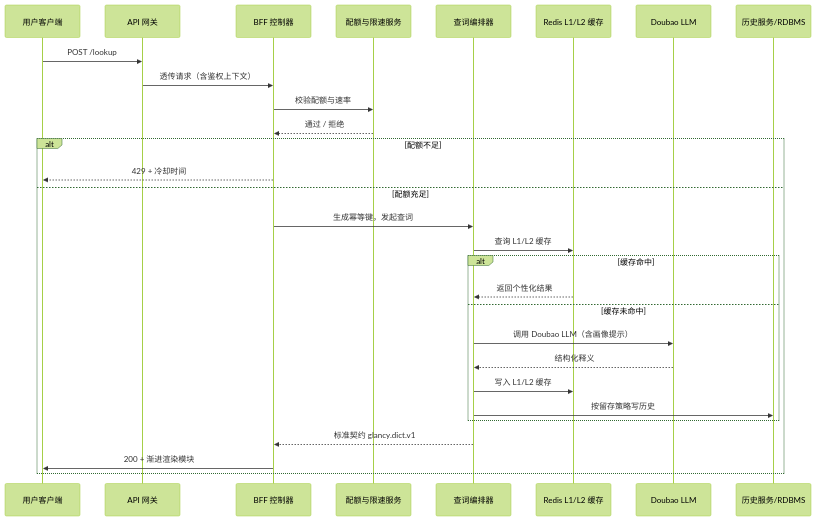
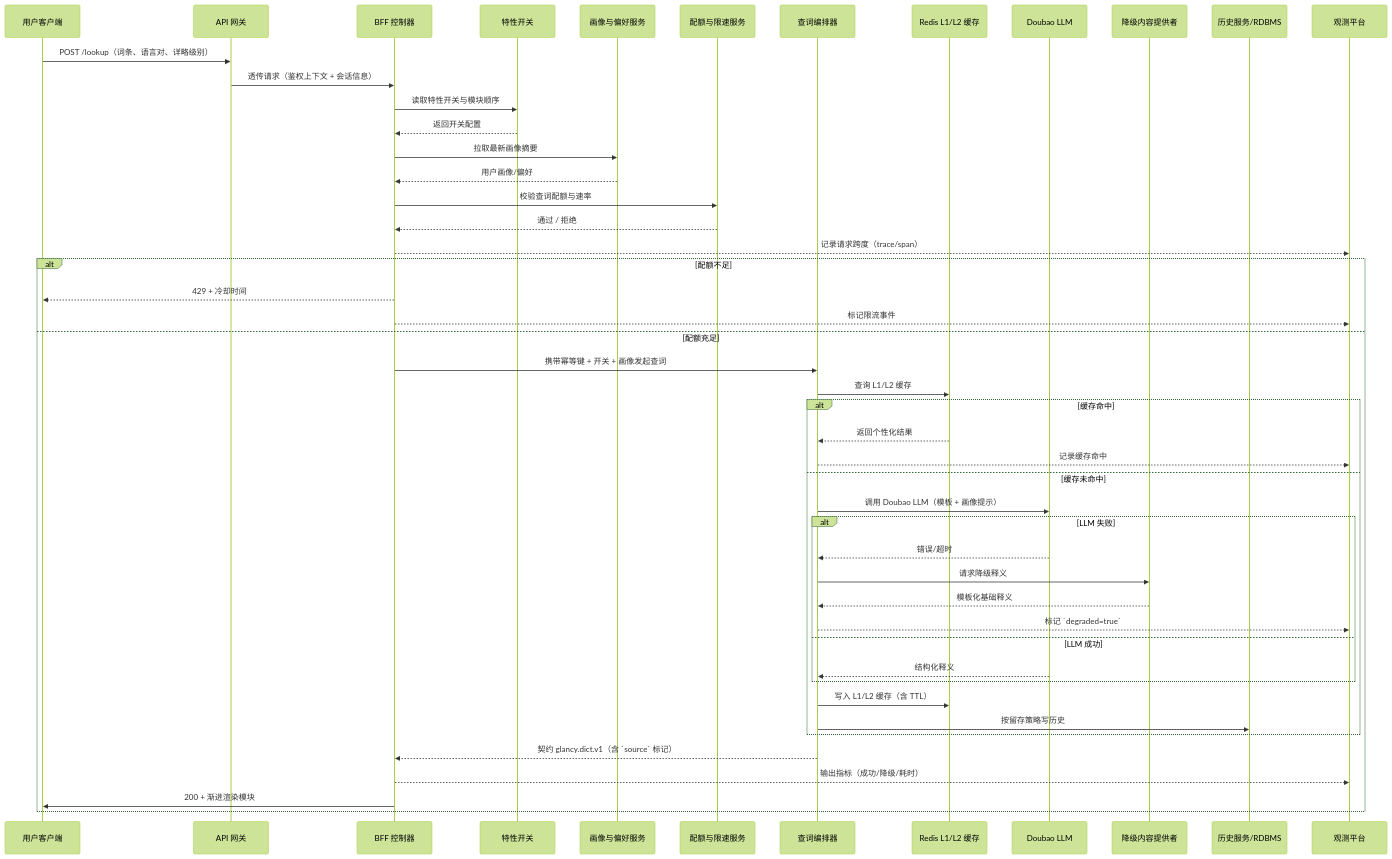
The second of 3 diagrams in doc/需求说明文档/Appendix/附录 C 图示（系统上下文、时序、状态机）.md (TaylorChyi/glancy), drawn with Mermaid (forest theme) before and after one commit. The commit also changed other lines of this file, not shown here.

Commit message:
完善附录C系统图示

````diff
--- a/doc/需求说明文档/Appendix/附录 C 图示（系统上下文、时序、状态机）.md
+++ b/doc/需求说明文档/Appendix/附录 C 图示（系统上下文、时序、状态机）.md
@@ -70,32 +91,51 @@
 ```mermaid
 sequenceDiagram
     participant U as 用户客户端
     participant G as API 网关
     participant B as BFF 控制器
+    participant F as 特性开关
+    participant P as 画像与偏好服务
     participant Q as 配额与限速服务
     participant O as 查词编排器
     participant C as Redis L1/L2 缓存
     participant L as Doubao LLM
+    participant D as 降级内容提供者
     participant H as 历史服务/RDBMS
+    participant Obs as 观测平台
 
-    U->>G: POST /lookup
-    G->>B: 透传请求（含鉴权上下文）
-    B->>Q: 校验配额与速率
+    U->>G: POST /lookup（词条、语言对、详略级别）
+    G->>B: 透传请求（鉴权上下文 + 会话信息）
+    B->>F: 读取特性开关与模块顺序
+    F-->>B: 返回开关配置
+    B->>P: 拉取最新画像摘要
+    P-->>B: 用户画像/偏好
+    B->>Q: 校验查词配额与速率
     Q-->>B: 通过 / 拒绝
+    B-->>Obs: 记录请求跨度（trace/span）
     alt 配额不足
         B-->>U: 429 + 冷却时间
+        B-->>Obs: 标记限流事件
     else 配额充足
-        B->>O: 生成幂等键，发起查词
+        B->>O: 携带幂等键 + 开关 + 画像发起查词
         O->>C: 查询 L1/L2 缓存
         alt 缓存命中
             C-->>O: 返回个性化结果
+            O-->>Obs: 记录缓存命中
         else 缓存未命中
-            O->>L: 调用 Doubao LLM（含画像提示）
-            L-->>O: 结构化释义
-            O->>C: 写入 L1/L2 缓存
+            O->>L: 调用 Doubao LLM（模板 + 画像提示）
+            alt LLM 失败
+                L-->>O: 错误/超时
+                O->>D: 请求降级释义
+                D-->>O: 模板化基础释义
+                O-->>Obs: 标记 `degraded=true`
+            else LLM 成功
+                L-->>O: 结构化释义
+            end
+            O->>C: 写入 L1/L2 缓存（含 TTL）
             O->>H: 按留存策略写历史
         end
-        O-->>B: 标准契约 glancy.dict.v1
+        O-->>B: 契约 glancy.dict.v1（含 `source` 标记）
+        B-->>Obs: 输出指标（成功/降级/耗时）
         B->>U: 200 + 渐进渲染模块
     end
 ```
````
